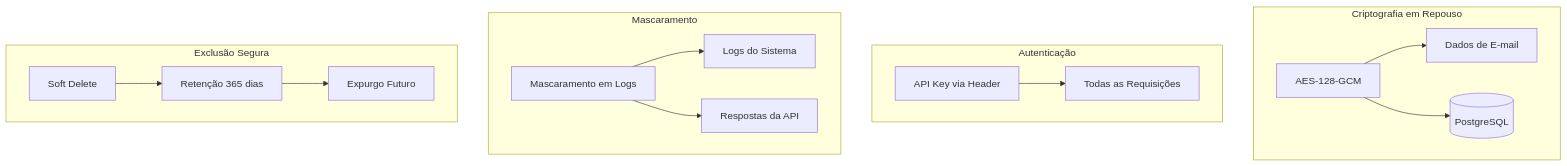
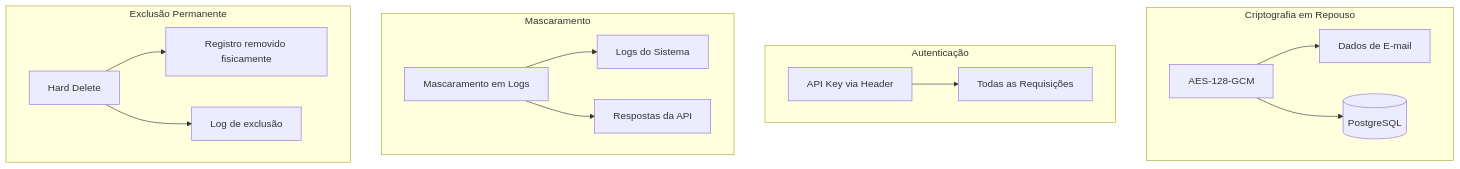
Before and after one commit to pdrodavi/lead-enrichment-api: the first of 2 diagrams in docs/security-lgpd.md, drawn with Mermaid. The commit also changed other lines of this file and 40 other files, not shown here.

````diff
--- a/docs/security-lgpd.md
+++ b/docs/security-lgpd.md
@@ -9,21 +9,21 @@
 ```mermaid
 graph TB
     subgraph "Criptografia em Repouso"
         AES[AES-128-GCM] --> EMAIL[Dados de E-mail]
         AES --> DB[(PostgreSQL)]
     end
 
     subgraph "Autenticação"
         APIK[API Key via Header] --> REQ[Todas as Requisições]
     end
 
     subgraph "Mascaramento"
         MASK[Mascaramento em Logs] --> LOG[Logs do Sistema]
         MASK --> RESP[Respostas da API]
     end
 
-    subgraph "Exclusão Segura"
-        SD[Soft Delete] --> RET[Retenção 365 dias]
-        RET --> PURGE[Expurgo Futuro]
+    subgraph "Exclusão Permanente"
+        HD[Hard Delete] --> DEL[Registro removido fisicamente]
+        HD --> AUD[Log de exclusão]
     end
 ```
````
